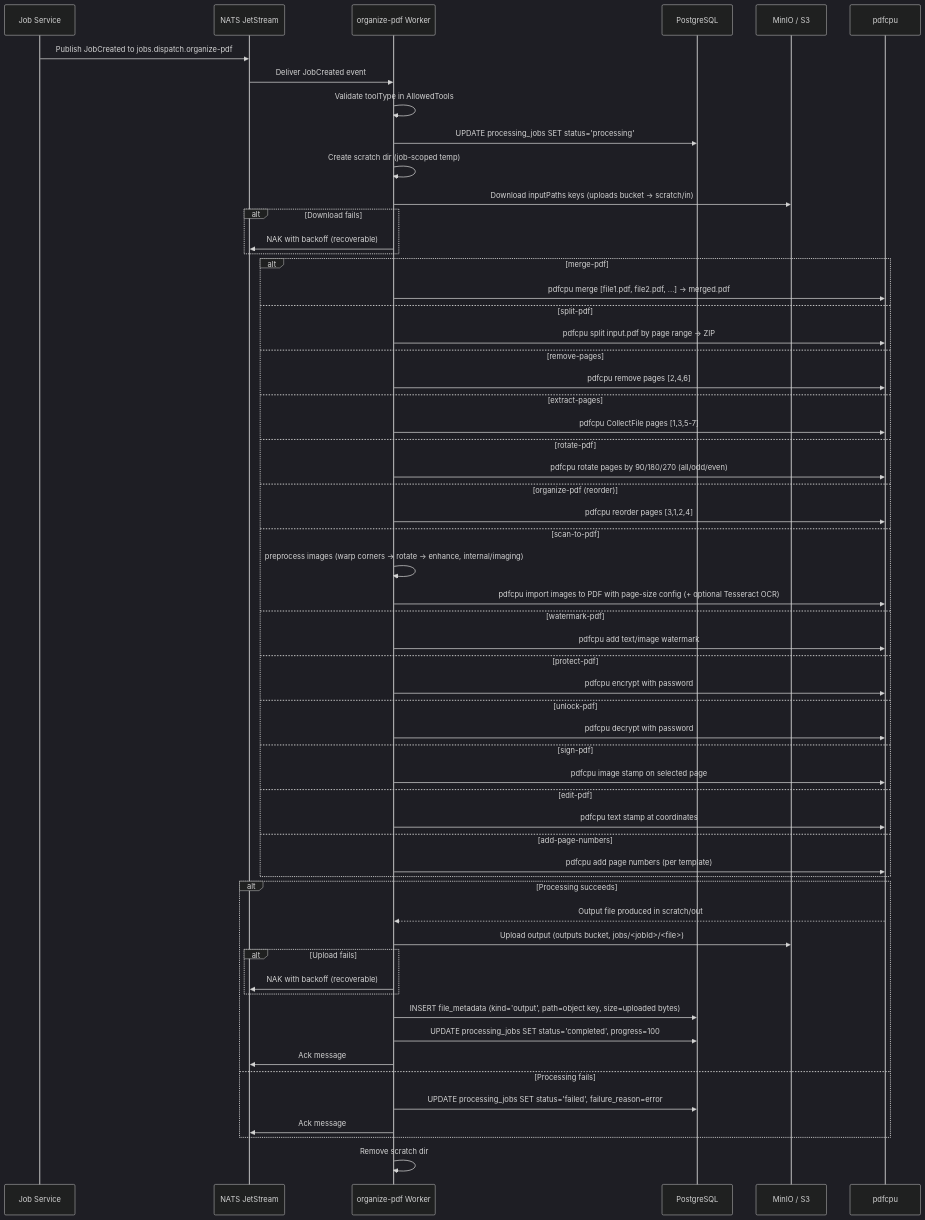
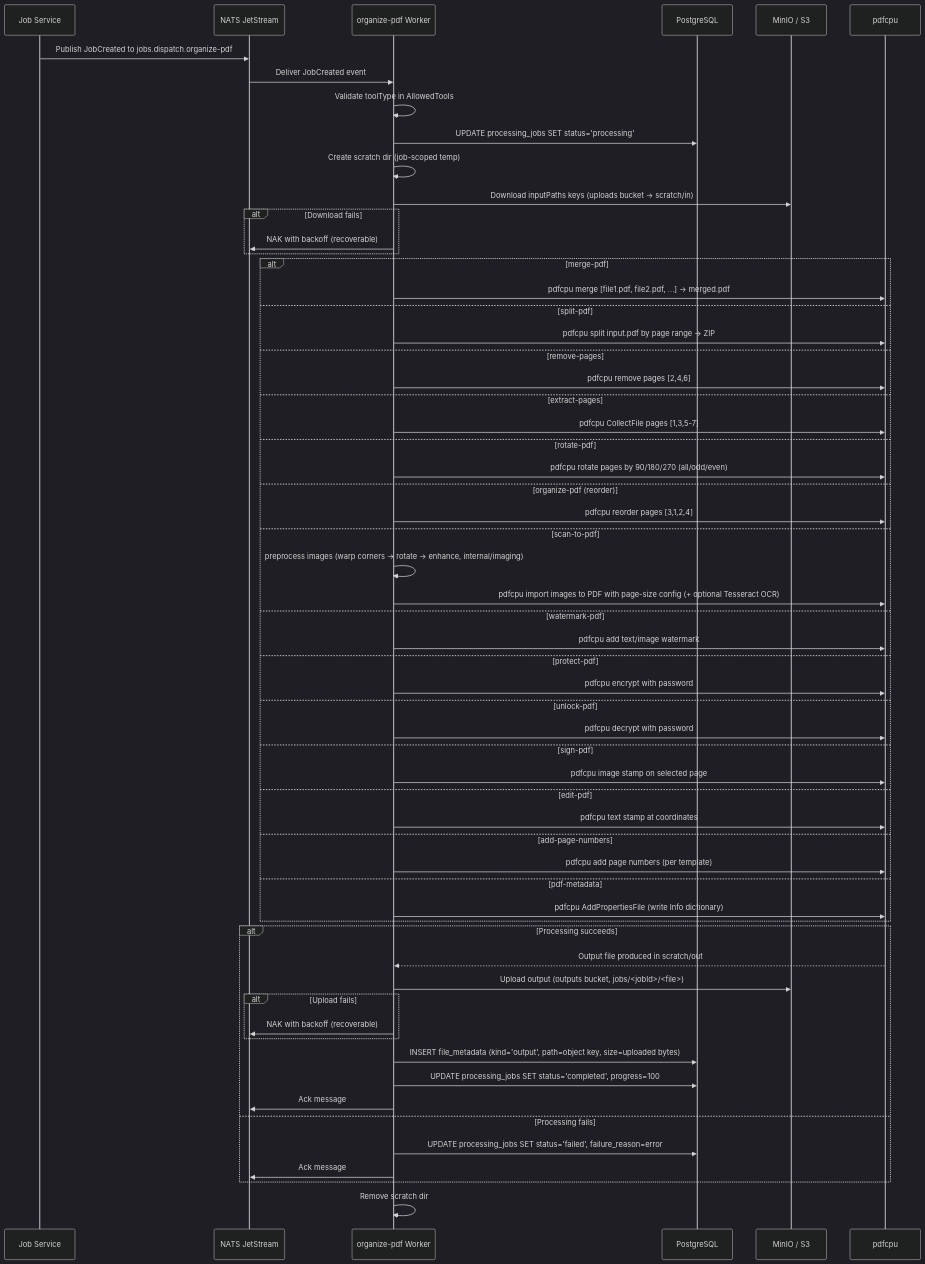
The first of 4 diagrams in docs/developer/services/organize-pdf.md (code-farms/fyredocs_backend), drawn with Mermaid (dark theme) before and after one commit. The commit also changed other lines of this file and 28 other files, not shown here.

First line of the commit message:
feat: add pdf-metadata and flatten-pdf tools with validation and processing

````diff
--- a/docs/developer/services/organize-pdf.md
+++ b/docs/developer/services/organize-pdf.md
@@ -672,65 +697,67 @@
 ```mermaid
 sequenceDiagram
     participant JS as Job Service
     participant NATS as NATS JetStream
     participant W as organize-pdf Worker
     participant DB as PostgreSQL
     participant S3 as MinIO / S3
     participant PC as pdfcpu
 
     JS->>NATS: Publish JobCreated to jobs.dispatch.organize-pdf
     NATS->>W: Deliver JobCreated event
 
     W->>W: Validate toolType in AllowedTools
     W->>DB: UPDATE processing_jobs SET status='processing'
 
     W->>W: Create scratch dir (job-scoped temp)
     W->>S3: Download inputPaths keys (uploads bucket → scratch/in)
     alt Download fails
         W->>NATS: NAK with backoff (recoverable)
     end
 
     alt merge-pdf
         W->>PC: pdfcpu merge [file1.pdf, file2.pdf, ...] -> merged.pdf
     else split-pdf
         W->>PC: pdfcpu split input.pdf by page range → ZIP
     else remove-pages
         W->>PC: pdfcpu remove pages [2,4,6]
     else extract-pages
         W->>PC: pdfcpu CollectFile pages [1,3,5-7]
     else rotate-pdf
         W->>PC: pdfcpu rotate pages by 90/180/270 (all/odd/even)
     else organize-pdf (reorder)
         W->>PC: pdfcpu reorder pages [3,1,2,4]
     else scan-to-pdf
         W->>W: preprocess images (warp corners → rotate → enhance, internal/imaging)
         W->>PC: pdfcpu import images to PDF with page-size config (+ optional Tesseract OCR)
     else watermark-pdf
         W->>PC: pdfcpu add text/image watermark
     else protect-pdf
         W->>PC: pdfcpu encrypt with password
     else unlock-pdf
         W->>PC: pdfcpu decrypt with password
     else sign-pdf
         W->>PC: pdfcpu image stamp on selected page
     else edit-pdf
         W->>PC: pdfcpu text stamp at coordinates
     else add-page-numbers
         W->>PC: pdfcpu add page numbers (per template)
+    else pdf-metadata
+        W->>PC: pdfcpu AddPropertiesFile (write Info dictionary)
     end
 
     alt Processing succeeds
         PC-->>W: Output file produced in scratch/out
         W->>S3: Upload output (outputs bucket, jobs/<jobId>/<file>)
         alt Upload fails
             W->>NATS: NAK with backoff (recoverable)
         end
         W->>DB: INSERT file_metadata (kind='output', path=object key, size=uploaded bytes)
         W->>DB: UPDATE processing_jobs SET status='completed', progress=100
         W->>NATS: Ack message
     else Processing fails
         W->>DB: UPDATE processing_jobs SET status='failed', failure_reason=error
         W->>NATS: Ack message
     end
     W->>W: Remove scratch dir
 ```
````
